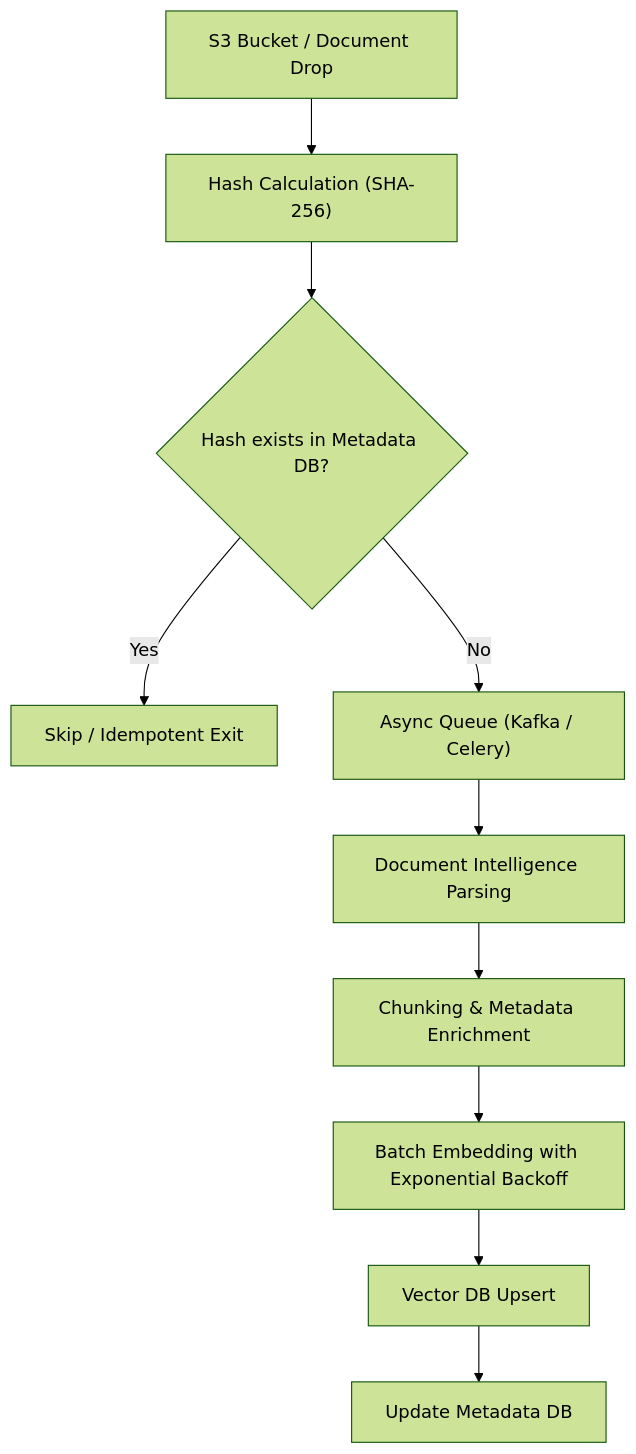
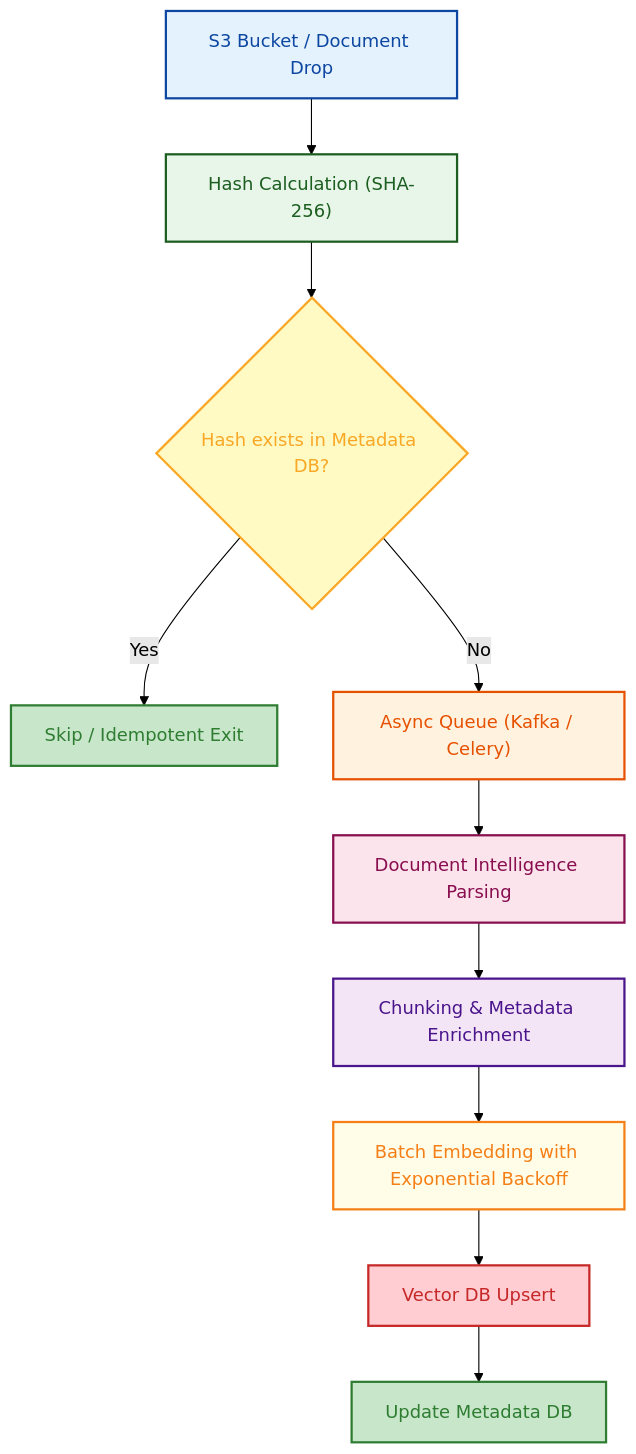
Before and after one commit to GyanendraChaubey/AI-Engineering-Notes: the fourth of 4 diagrams in docs/03-chunking/README.md, drawn with Mermaid (forest theme). The commit also changed other lines of this file and 15 other files, not shown here.

Commit message:
style: apply light color palette to remaining Mermaid diagrams (docs 15 & 16)

````diff
--- a/docs/03-chunking/README.md
+++ b/docs/03-chunking/README.md
@@ -220,12 +235,22 @@
 ```mermaid
 flowchart TD
     A["S3 Bucket / Document Drop"] --> B["Hash Calculation (SHA-256)"]
     B --> C{"Hash exists in Metadata DB?"}
     C -->|Yes| D["Skip / Idempotent Exit"]
     C -->|No| E["Async Queue (Kafka / Celery)"]
     E --> F["Document Intelligence Parsing"]
     F --> G["Chunking & Metadata Enrichment"]
     G --> H["Batch Embedding with Exponential Backoff"]
     H --> I["Vector DB Upsert"]
     I --> J["Update Metadata DB"]
+    style A fill:#e3f2fd,stroke:#0d47a1,stroke-width:2px,color:#0d47a1
+    style B fill:#e8f5e9,stroke:#1b5e20,stroke-width:2px,color:#1b5e20
+    style C fill:#fff9c4,stroke:#f9a825,stroke-width:2px,color:#f9a825
+    style D fill:#c8e6c9,stroke:#2e7d32,stroke-width:2px,color:#2e7d32
+    style E fill:#fff3e0,stroke:#e65100,stroke-width:2px,color:#e65100
+    style F fill:#fce4ec,stroke:#880e4f,stroke-width:2px,color:#880e4f
+    style G fill:#f3e5f5,stroke:#4a148c,stroke-width:2px,color:#4a148c
+    style H fill:#fffde7,stroke:#f57f17,stroke-width:2px,color:#f57f17
+    style I fill:#ffcdd2,stroke:#c62828,stroke-width:2px,color:#c62828
+    style J fill:#c8e6c9,stroke:#2e7d32,stroke-width:2px,color:#2e7d32
 ```
````
